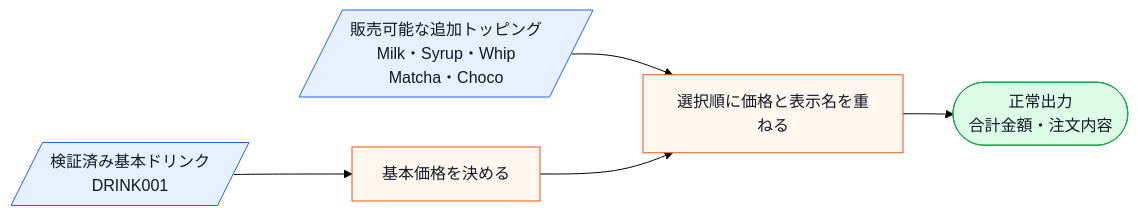
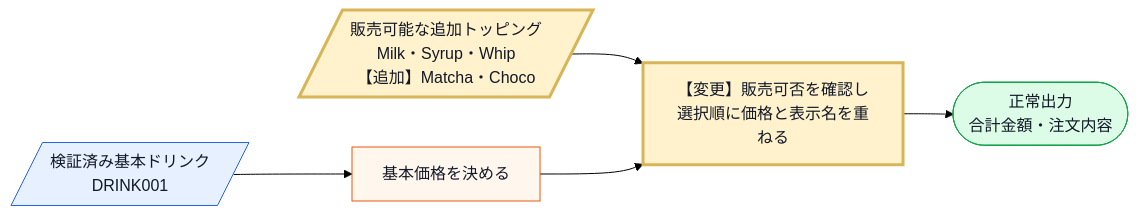
The fifth of 17 diagrams in kindle/design-patterns/output/chapter06.md (kumachan1101-pixel/DesignPattern), drawn with Mermaid (forest theme) before and after one commit. The commit also changed other lines of this file and 23 other files, not shown here.

````diff
--- a/kindle/design-patterns/output/chapter06.md
+++ b/kindle/design-patterns/output/chapter06.md
@@ -619,12 +610,14 @@
 ```mermaid
 flowchart LR
     A[/検証済み基本ドリンク<br>DRINK001/]:::input --> E[基本価格を決める]:::process
-    C[/販売可能な追加トッピング<br>Milk・Syrup・Whip<br>Matcha・Choco/]:::input --> F[選択順に価格と表示名を重ねる]:::process
+    C[/販売可能な追加トッピング<br>Milk・Syrup・Whip<br>【追加】Matcha・Choco/]:::input --> F[【変更】販売可否を確認し<br>選択順に価格と表示名を重ねる]:::process
     E --> F
     F --> G([正常出力<br>合計金額・注文内容]):::normal
 
     classDef input fill:#e7f0ff,stroke:#2563eb,color:#111827;
     classDef process fill:#fff7ed,stroke:#ea580c,color:#111827;
     classDef decision fill:#fef9c3,stroke:#ca8a04,color:#111827;
     classDef normal fill:#dcfce7,stroke:#16a34a,color:#111827;
+    classDef changed fill:#fff2cc,stroke:#d6b656,stroke-width:3px,color:#111827;
+    class C,F changed;
 ```
````
